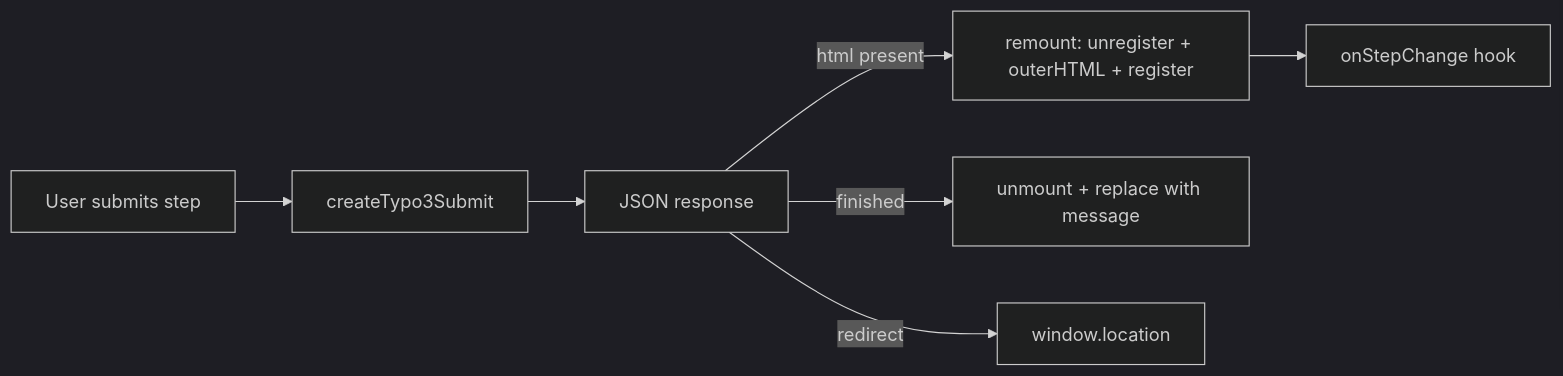
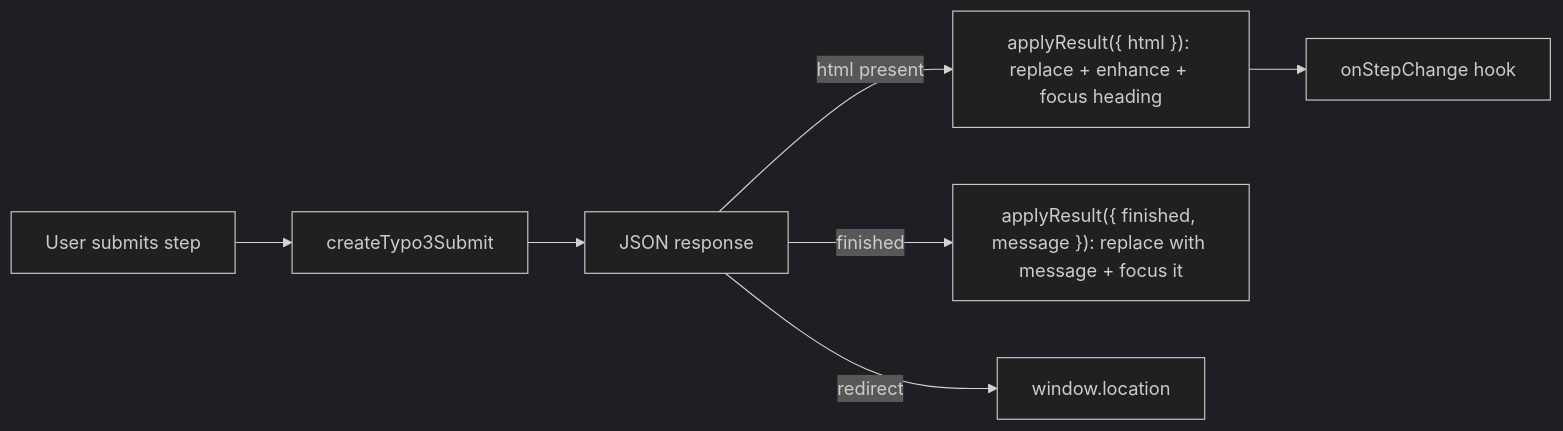
Before and after one commit to kimamov/FormLayer: the diagram in docs/src/content/docs/guides/typo3-multistep.md, drawn with Mermaid (dark theme). The commit also changed other lines of this file and 9 other files, not shown here.

````diff
--- a/docs/src/content/docs/guides/typo3-multistep.md
+++ b/docs/src/content/docs/guides/typo3-multistep.md
@@ -18,9 +18,9 @@
 ```mermaid
 flowchart LR
     submit[User submits step] --> ajax[createTypo3Submit]
     ajax --> json[JSON response]
-    json -->|html present| remount[remount: unregister + outerHTML + register]
-    json -->|finished| unmount[unmount + replace with message]
+    json -->|html present| replace["applyResult({ html }): replace + enhance + focus heading"]
+    json -->|finished| finish["applyResult({ finished, message }): replace with message + focus it"]
     json -->|redirect| redirect[window.location]
-    remount --> nextStep[onStepChange hook]
+    replace --> nextStep[onStepChange hook]
 ```
````
